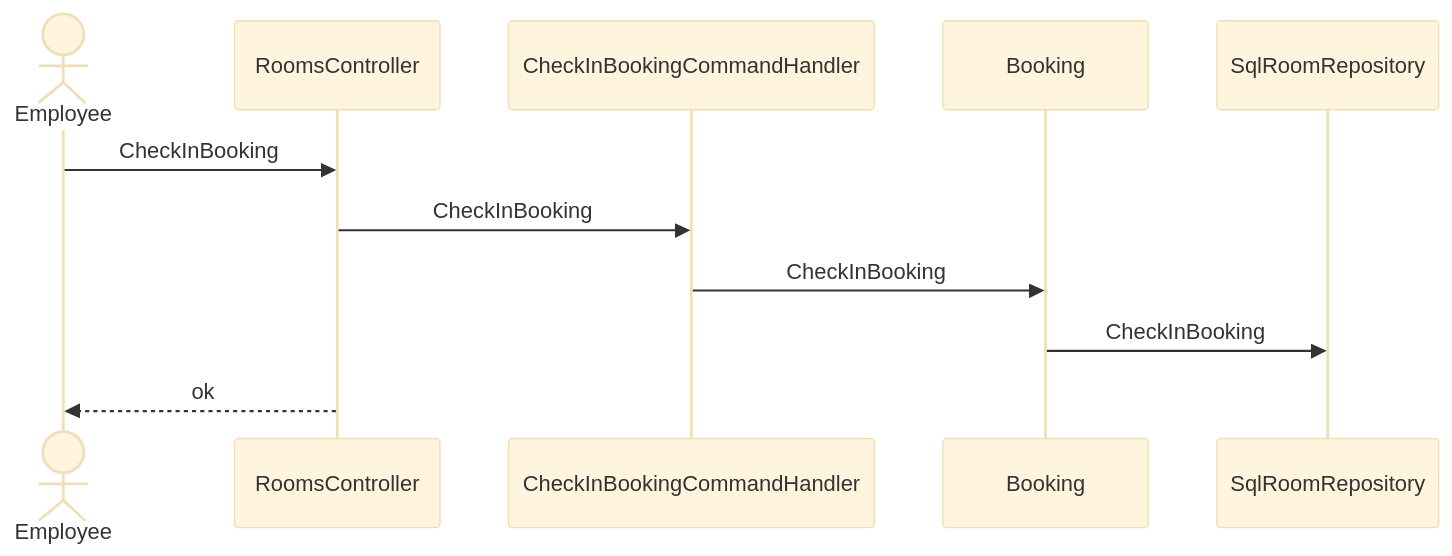
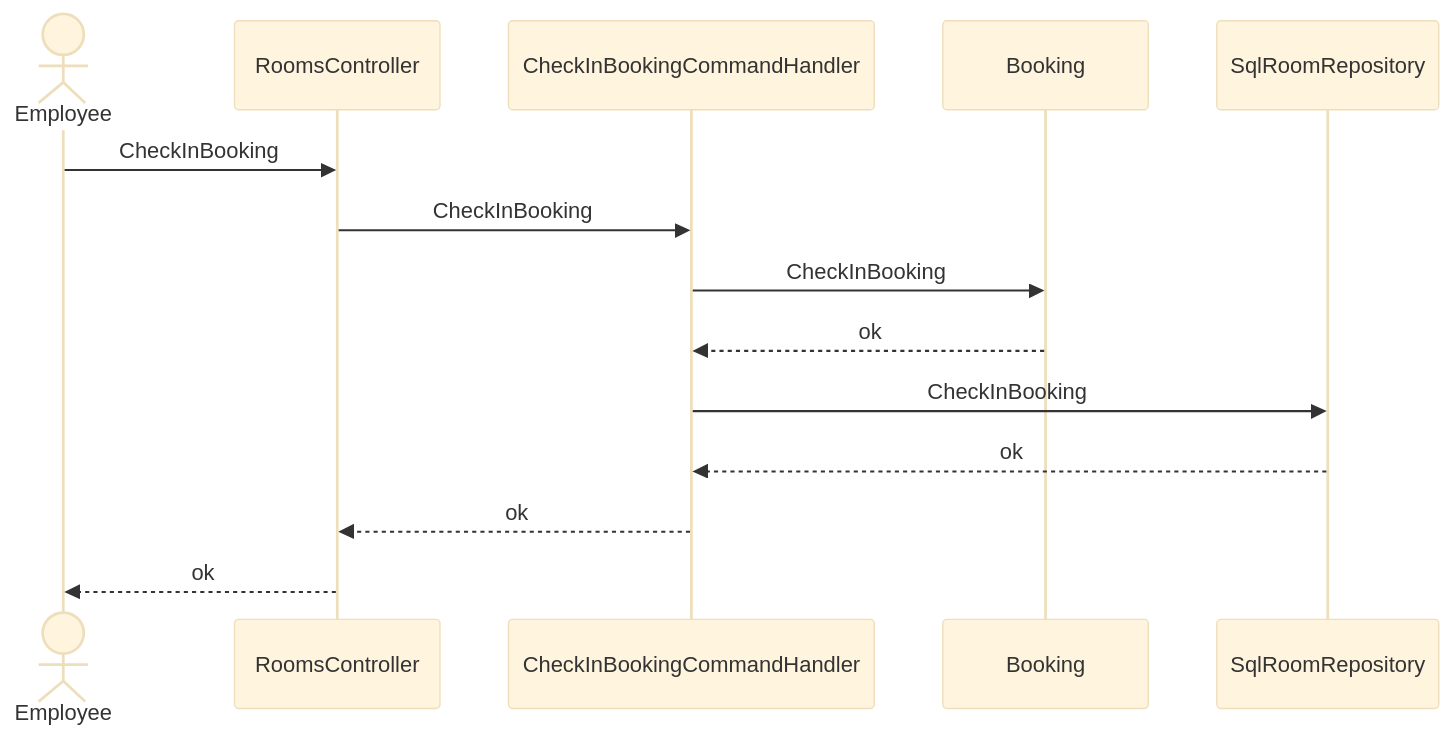
Before and after one commit to pin0513/AITools: the fifth of 6 diagrams in skills/spec-dev-process/examples/matrix/be-only-en-s2/specs/rd/room-booking/spec/30-architecture-c4.md, drawn with Mermaid (base theme). The commit also changed other lines of this file and 257 other files, not shown here.

````diff
--- a/skills/spec-dev-process/examples/matrix/be-only-en-s2/specs/rd/room-booking/spec/30-architecture-c4.md
+++ b/skills/spec-dev-process/examples/matrix/be-only-en-s2/specs/rd/room-booking/spec/30-architecture-c4.md
@@ -110,13 +114,16 @@
 ```mermaid
 sequenceDiagram
   actor U as Employee
   participant CMP001 as RoomsController
   participant CMP003 as CheckInBookingCommandHandler
   participant CMP006 as Booking
   participant CMP007 as SqlRoomRepository
   U->>CMP001: CheckInBooking
   CMP001->>CMP003: CheckInBooking
   CMP003->>CMP006: CheckInBooking
-  CMP006->>CMP007: CheckInBooking
+  CMP006-->>CMP003: ok
+  CMP003->>CMP007: CheckInBooking
+  CMP007-->>CMP003: ok
+  CMP003-->>CMP001: ok
   CMP001-->>U: ok
 ```
````
